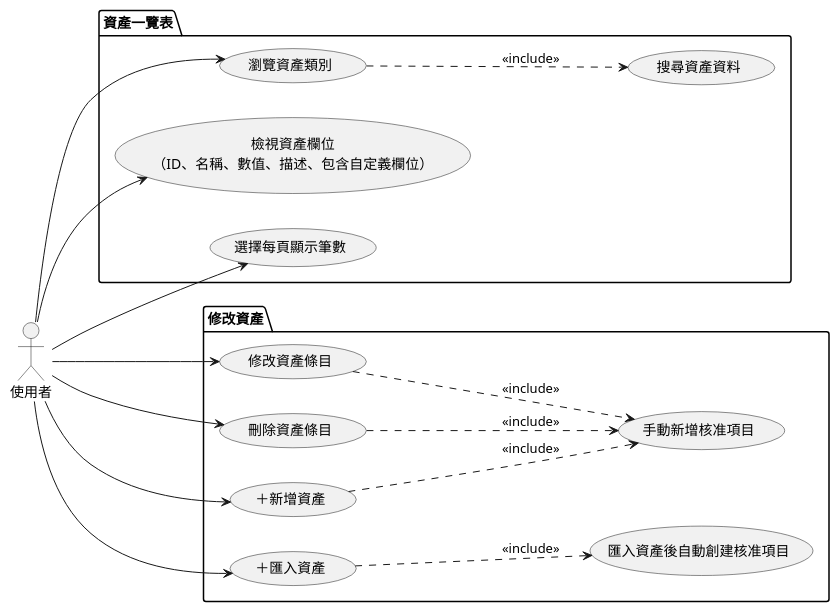
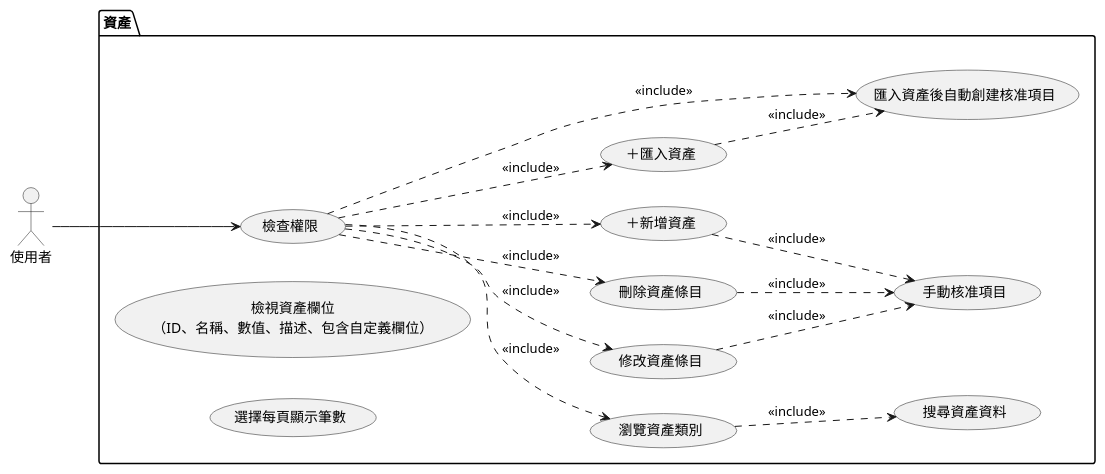
One commit to walle45611/NTUB_SecuManag_Diagram changed the diagram in mermaid/use_case/asset_overview&edit.puml. Above: the diagram before and after it, drawn with PlantUML. The commit also changed 6 other files, not shown here.

Commit message:
(refactor): 更新用例圖，調整用例名稱及關聯以提升清晰度

```diff
--- a/mermaid/use_case/asset_overview&edit.puml
+++ b/mermaid/use_case/asset_overview&edit.puml
@@ -1,38 +1,35 @@
 @startuml asset_overview
 
 left to right direction
 
 actor 使用者
 
-package "資產一覽表" {
+package "資產" {
+    usecase "檢查權限" as UC12
     usecase "瀏覽資產類別" as UC1
     usecase "檢視資產欄位\n（ID、名稱、數值、描述、包含自定義欄位）" as UC2
     usecase "選擇每頁顯示筆數" as UC3
     usecase "搜尋資產資料" as UC4
-}
-
-package "修改資產" {
-    usecase "瀏覽資產類別" as UC1
     usecase "修改資產條目" as UC5
     usecase "刪除資產條目" as UC6
     usecase "＋新增資產" as UC7
     usecase "＋匯入資產" as UC8
     usecase "匯入資產後自動創建核准項目" as UC10
-    usecase "手動新增核准項目" as UC11
+    usecase "手動核准項目" as UC11
 }
 
+使用者 --> UC12
+UC12 .down.> UC1 : <<include>>
+UC12 .down.> UC5 : <<include>>
+UC12 .down.> UC6 : <<include>>
+UC12 .down.> UC7 : <<include>>
+UC12 .down.> UC8 : <<include>>
+UC12 .down.> UC10 : <<include>>
+
+UC1 .down.> UC4 : <<include>>
 UC5 .down.> UC11 : <<include>>
 UC6 .down.> UC11 : <<include>>
 UC7 .down.> UC11 : <<include>>
 UC8 .down.> UC10 : <<include>>
-UC1 .down.> UC4 : <<include>>
-
-使用者 --> UC1
-使用者 --> UC2
-使用者 --> UC3
-使用者 --> UC5
-使用者 --> UC6
-使用者 --> UC7
-使用者 --> UC8
 
 @enduml
```
